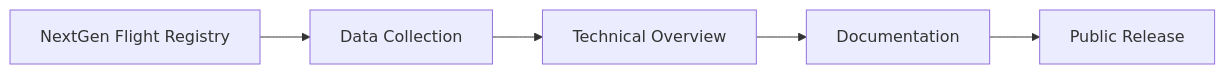
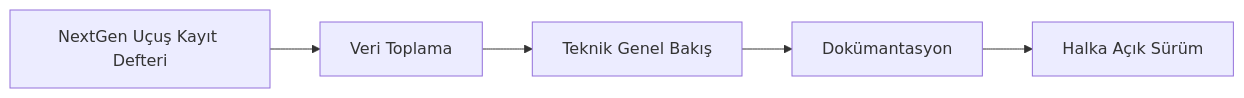
Before and after one commit to dijitalseyyah/NextGen-Flight-Registry: the diagram in assets/architecture.mmd, drawn with Mermaid. The commit also changed 1 other file, not shown here.

Commit message:
Localize README and architecture diagram to Turkish

```diff
--- a/assets/architecture.mmd
+++ b/assets/architecture.mmd
@@ -1,5 +1,5 @@
 flowchart LR
-    A[NextGen Flight Registry] --> B[Data Collection]
-    B --> C[Technical Overview]
-    C --> D[Documentation]
-    D --> E[Public Release]
+    A[NextGen Uçuş Kayıt Defteri] --> B[Veri Toplama]
+    B --> C[Teknik Genel Bakış]
+    C --> D[Dokümantasyon]
+    D --> E[Halka Açık Sürüm]
```
